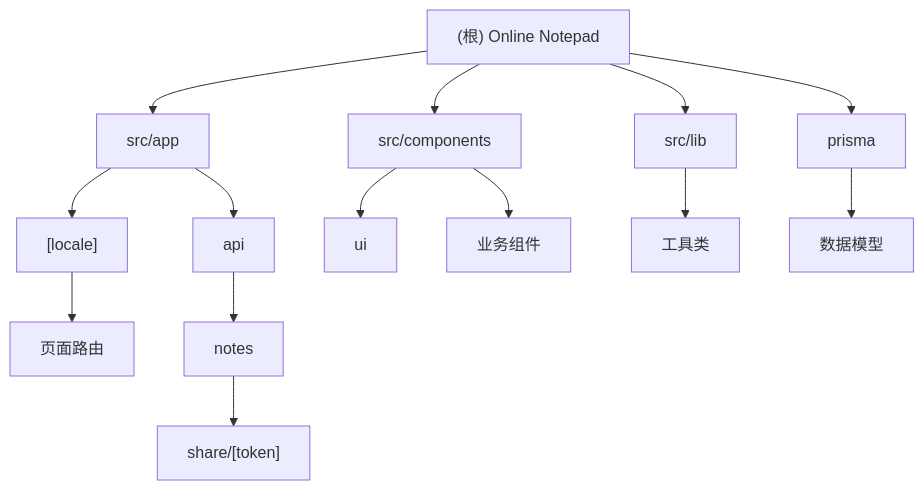
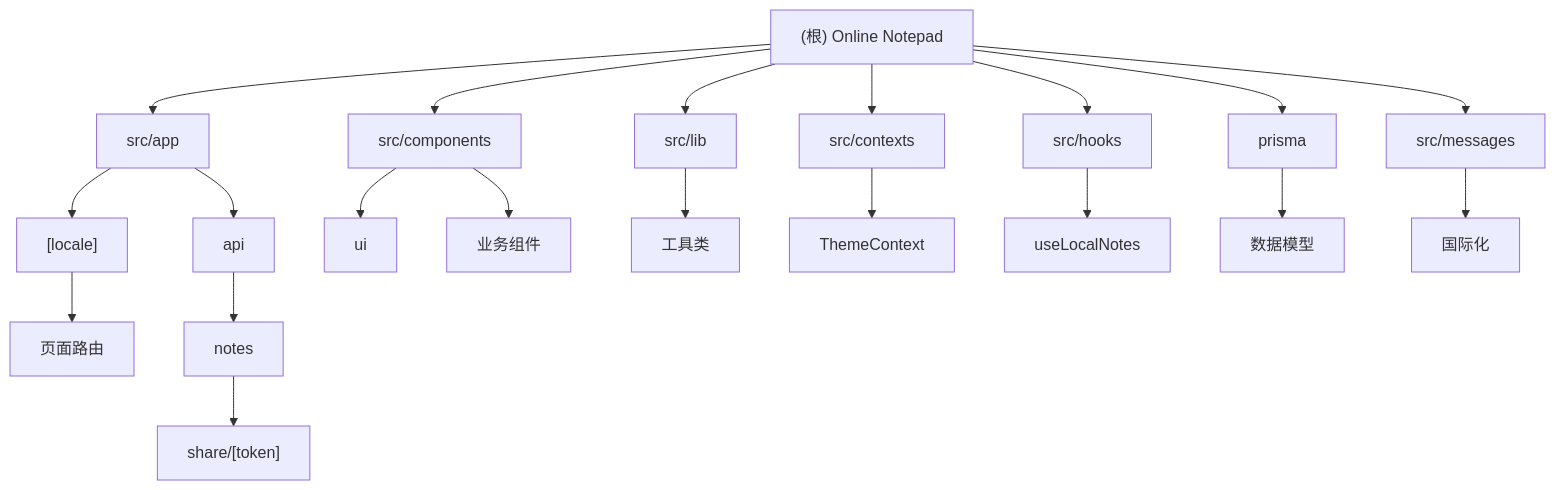
One commit to 89780012/online-notepad changed the diagram in CLAUDE.md. Above: the diagram before and after it, drawn with Mermaid. The commit also changed other lines of this file and 10 other files, not shown here.

````diff
--- a/CLAUDE.md
+++ b/CLAUDE.md
@@ -31,19 +35,25 @@
 ```mermaid
 graph TD
     A["(根) Online Notepad"] --> B["src/app"];
     B --> C["[locale]"];
     C --> D["页面路由"];
     B --> E["api"];
     E --> F["notes"];
     F --> G["share/[token]"];
     A --> H["src/components"];
     H --> I["ui"];
     H --> J["业务组件"];
     A --> K["src/lib"];
     K --> L["工具类"];
-    A --> M["prisma"];
-    M --> N["数据模型"];
+    A --> M["src/contexts"];
+    M --> N["ThemeContext"];
+    A --> O["src/hooks"];
+    O --> P["useLocalNotes"];
+    A --> Q["prisma"];
+    Q --> R["数据模型"];
+    A --> S["src/messages"];
+    S --> T["国际化"];
 
     click B "./src/CLAUDE.md" "查看 src 模块文档"
-    click M "./prisma/CLAUDE.md" "查看 prisma 模块文档"
+    click Q "./prisma/CLAUDE.md" "查看 prisma 模块文档"
 ```
````
